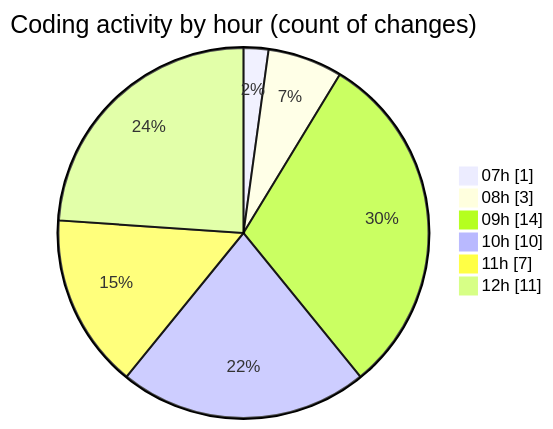
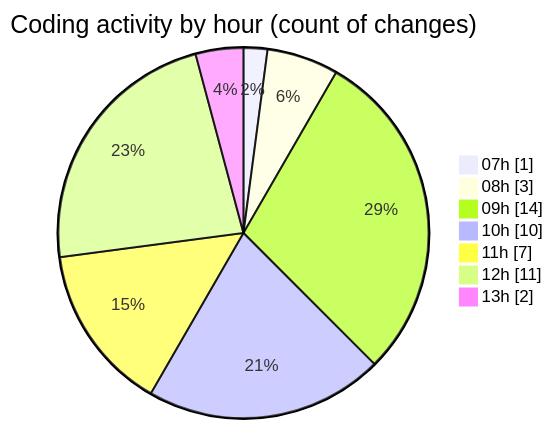
The second of 2 diagrams in 2026-02-02/singularitybrainai/README.md (tmsrecording-cyber/code-tracking), drawn with Mermaid before and after one commit. The commit also changed other lines of this file and 1 other file, not shown here.

````diff
--- a/2026-02-02/singularitybrainai/README.md
+++ b/2026-02-02/singularitybrainai/README.md
@@ -40,10 +40,11 @@
 ```mermaid
 pie showData
 title Coding activity by hour (count of changes)
 "07h" : 1
 "08h" : 3
 "09h" : 14
 "10h" : 10
 "11h" : 7
 "12h" : 11
+"13h" : 2
 ```
````
